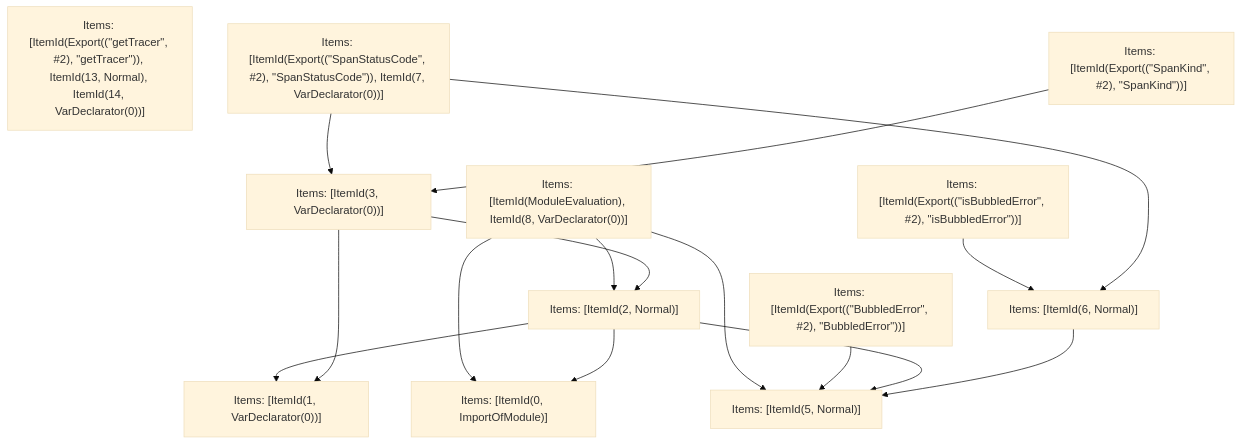
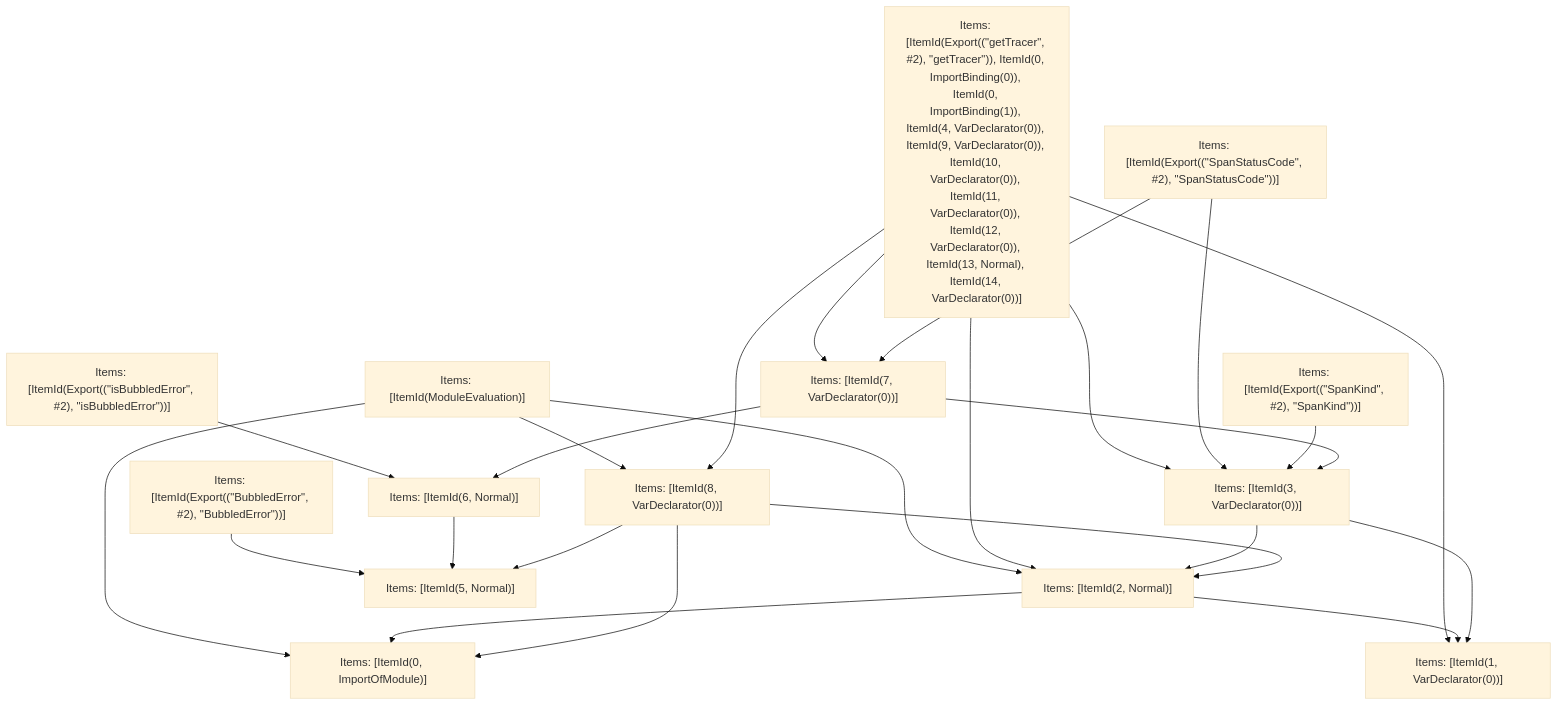
The fifth of 5 diagrams in crates/turbopack-ecmascript/tests/tree-shaker/analyzer/nextjs-tracer/output.md (vercel/turborepo), drawn with Mermaid (base theme) before and after one commit. The commit also changed other lines of this file and 1 other file, not shown here.

````diff
--- a/crates/turbopack-ecmascript/tests/tree-shaker/analyzer/nextjs-tracer/output.md
+++ b/crates/turbopack-ecmascript/tests/tree-shaker/analyzer/nextjs-tracer/output.md
@@ -566,29 +588,40 @@
 ```mermaid
 graph TD
-    N0["Items: [ItemId(ModuleEvaluation), ItemId(8, VarDeclarator(0))]"];
+    N0["Items: [ItemId(ModuleEvaluation)]"];
     N1["Items: [ItemId(Export((&quot;BubbledError&quot;, #2), &quot;BubbledError&quot;))]"];
     N2["Items: [ItemId(Export((&quot;isBubbledError&quot;, #2), &quot;isBubbledError&quot;))]"];
-    N3["Items: [ItemId(Export((&quot;getTracer&quot;, #2), &quot;getTracer&quot;)), ItemId(13, Normal), ItemId(14, VarDeclarator(0))]"];
-    N4["Items: [ItemId(Export((&quot;SpanStatusCode&quot;, #2), &quot;SpanStatusCode&quot;)), ItemId(7, VarDeclarator(0))]"];
+    N3["Items: [ItemId(Export((&quot;getTracer&quot;, #2), &quot;getTracer&quot;)), ItemId(0, ImportBinding(0)), ItemId(0, ImportBinding(1)), ItemId(4, VarDeclarator(0)), ItemId(9, VarDeclarator(0)), ItemId(10, VarDeclarator(0)), ItemId(11, VarDeclarator(0)), ItemId(12, VarDeclarator(0)), ItemId(13, Normal), ItemId(14, VarDeclarator(0))]"];
+    N4["Items: [ItemId(Export((&quot;SpanStatusCode&quot;, #2), &quot;SpanStatusCode&quot;))]"];
     N5["Items: [ItemId(Export((&quot;SpanKind&quot;, #2), &quot;SpanKind&quot;))]"];
     N6["Items: [ItemId(0, ImportOfModule)]"];
     N7["Items: [ItemId(1, VarDeclarator(0))]"];
     N8["Items: [ItemId(2, Normal)]"];
     N9["Items: [ItemId(3, VarDeclarator(0))]"];
     N10["Items: [ItemId(5, Normal)]"];
     N11["Items: [ItemId(6, Normal)]"];
+    N12["Items: [ItemId(7, VarDeclarator(0))]"];
+    N13["Items: [ItemId(8, VarDeclarator(0))]"];
     N0 --> N6;
     N0 --> N8;
-    N0 --> N10;
+    N0 --> N13;
     N1 --> N10;
     N2 --> N11;
+    N3 --> N7;
+    N3 --> N8;
+    N3 --> N9;
+    N3 --> N13;
+    N3 --> N12;
     N4 --> N9;
-    N4 --> N11;
+    N4 --> N12;
     N5 --> N9;
     N8 --> N7;
     N8 --> N6;
-    N8 --> N10;
     N9 --> N7;
     N9 --> N8;
     N11 --> N10;
+    N12 --> N11;
+    N12 --> N9;
+    N13 --> N6;
+    N13 --> N8;
+    N13 --> N10;
 ```
````
